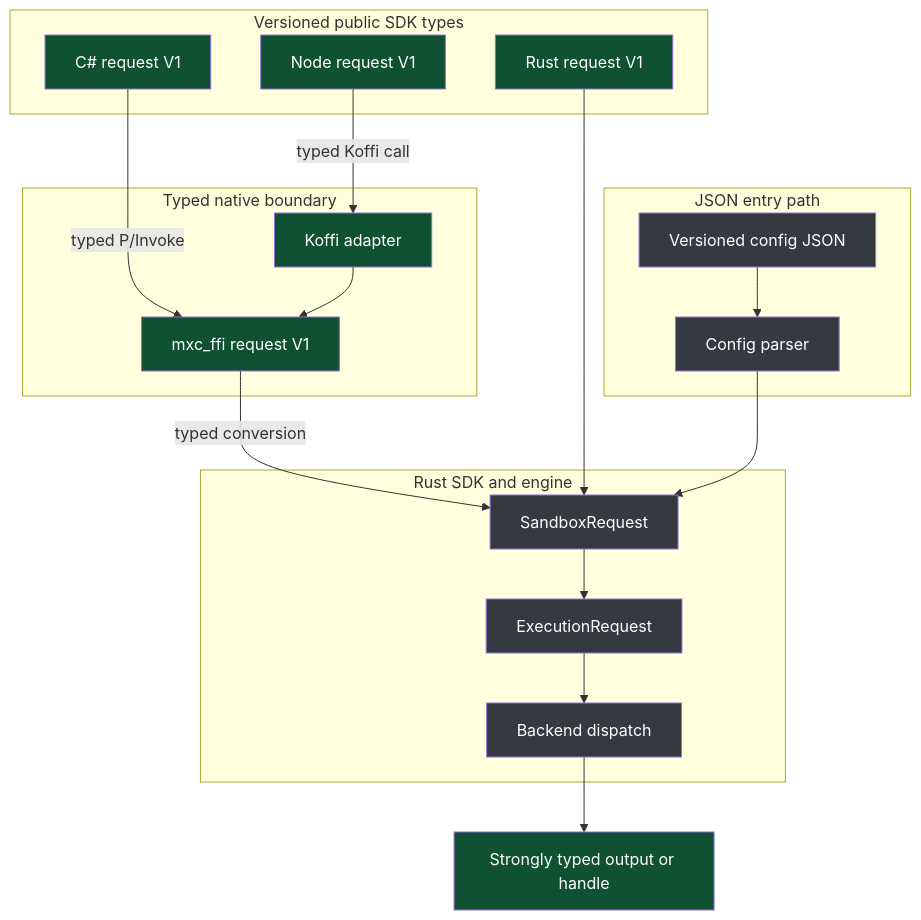
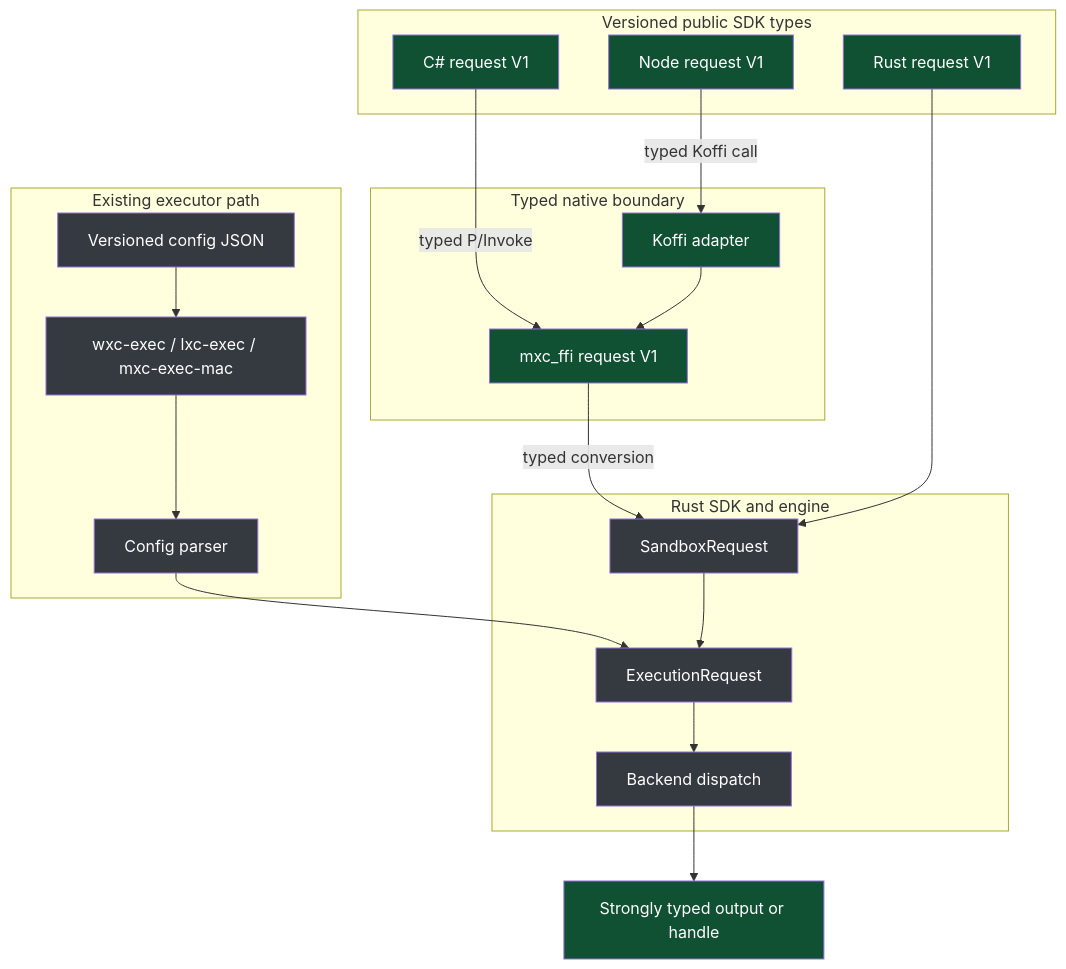
Before and after one commit to microsoft/mxc: the second of 2 diagrams in docs/design/typed-one-shot-sandbox-apis.md, drawn with Mermaid. The commit also changed other lines of this file, not shown here.

Commit message:
Clarify existing executor path

Copilot-Session: bbe1ffbf-7cf8-48a0-8e3b-956f1d634e6c

````diff
--- a/docs/design/typed-one-shot-sandbox-apis.md
+++ b/docs/design/typed-one-shot-sandbox-apis.md
@@ -51,33 +51,34 @@
 ```mermaid
 flowchart TB
     subgraph API["Versioned public SDK types"]
         RR[Rust request V1]
         CC[C# request V1]
         NN[Node request V1]
     end
     subgraph ABI["Typed native boundary"]
         KF[Koffi adapter]
         FF[mxc_ffi request V1]
     end
     subgraph SDK["Rust SDK and engine"]
         SR[SandboxRequest]
         ER[ExecutionRequest]
         DD[Backend dispatch]
     end
-    subgraph JSON["JSON entry path"]
+    subgraph JSON["Existing executor path"]
         JJ[Versioned config JSON]
+        EX[wxc-exec / lxc-exec / mxc-exec-mac]
         JP[Config parser]
     end
 
     CC -->|typed P/Invoke| FF
     NN -->|typed Koffi call| KF --> FF
     FF -->|typed conversion| SR
     RR --> SR
-    JJ --> JP --> SR
+    JJ --> EX --> JP --> ER
     SR --> ER --> DD
     DD --> OO[Strongly typed output or handle]
     classDef new fill:#0f5132,color:#fff
     classDef same fill:#343a40,color:#fff
     class RR,CC,NN,KF,FF,OO new
-    class SR,ER,DD,JJ,JP same
+    class SR,ER,DD,JJ,EX,JP same
 ```
````
